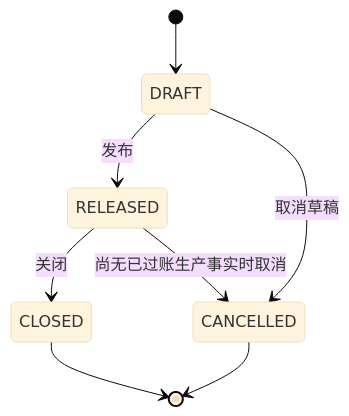
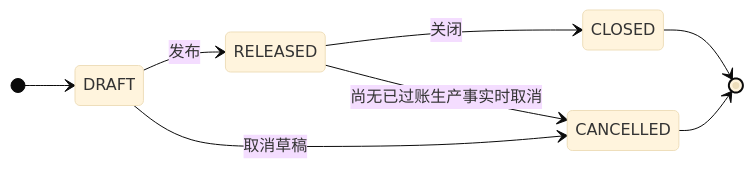
The diagram in docs/architecture/生产订单源单边界评审.md (saurick/plush-toy-erp), drawn with Mermaid (base theme) before and after one commit. The commit also changed 296 other files, not shown here.

Commit message:
feat(erp): 完善业务办理、产品图片和岗位权限

````diff
--- a/docs/architecture/生产订单源单边界评审.md
+++ b/docs/architecture/生产订单源单边界评审.md
@@ -99,10 +99,11 @@
 ```mermaid
 stateDiagram-v2
+  direction LR
   [*] --> DRAFT
   DRAFT --> RELEASED: 发布
   DRAFT --> CANCELLED: 取消草稿
   RELEASED --> CLOSED: 关闭
   RELEASED --> CANCELLED: 尚无已过账生产事实时取消
   CLOSED --> [*]
   CANCELLED --> [*]
 ```
````
